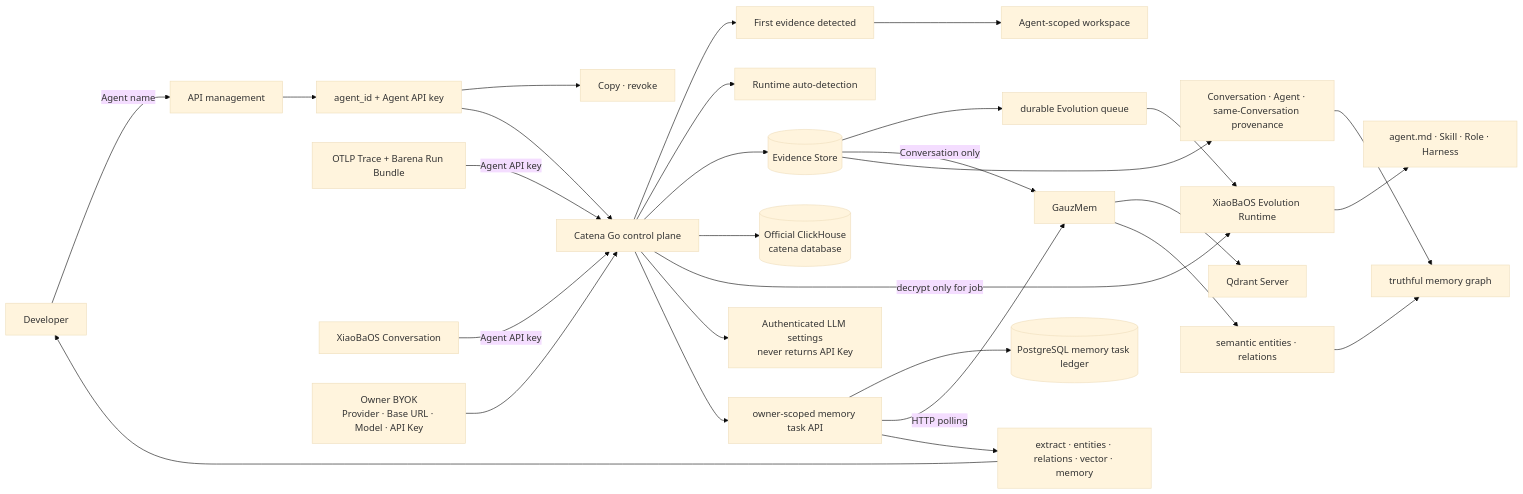
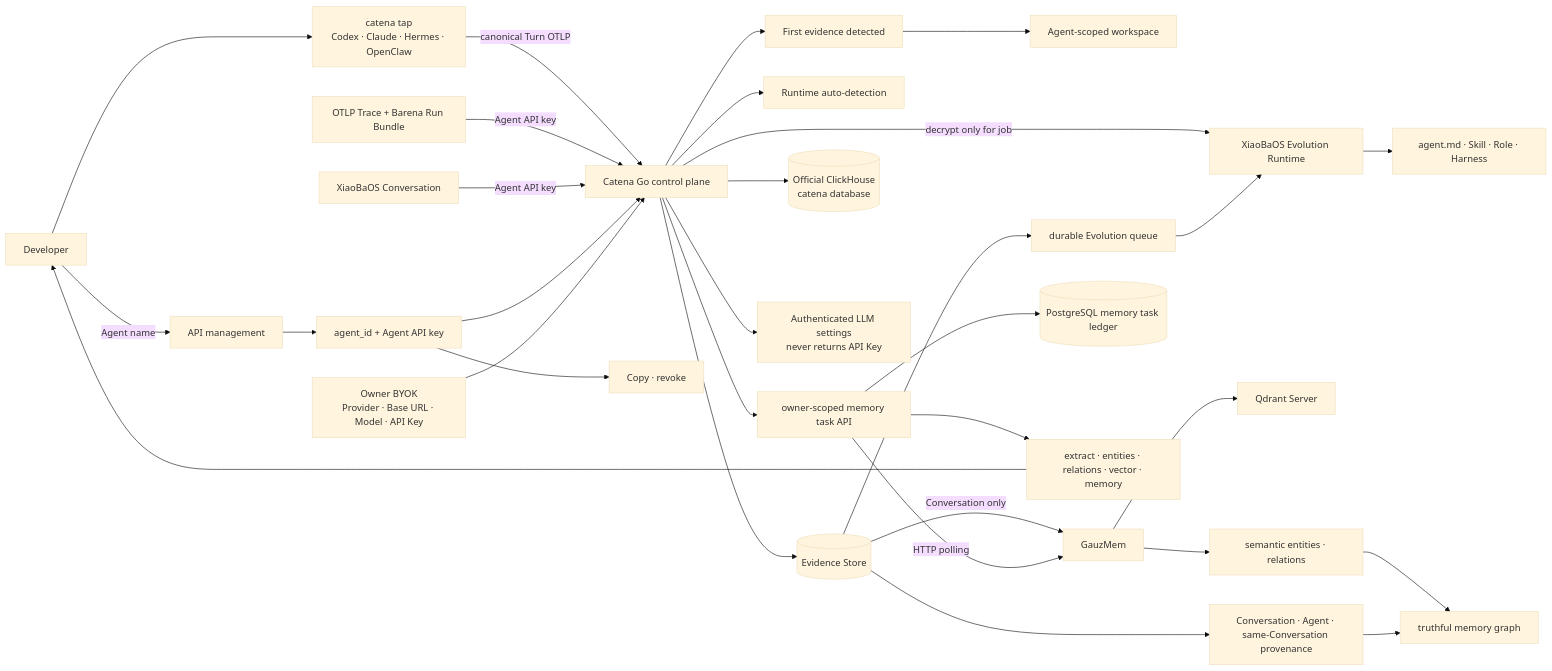
One commit to fightheyyy/CATENA changed the second of 2 diagrams in SPEC.md. Above: the diagram before and after it, drawn with Mermaid (base theme). The commit also changed other lines of this file and 20 other files, not shown here.

````diff
--- a/SPEC.md
+++ b/SPEC.md
@@ -61,31 +68,33 @@
 ```mermaid
 flowchart LR
+    Developer --> Tap["catena tap<br/>Codex · Claude · Hermes · OpenClaw"]
+    Tap -->|"canonical Turn OTLP"| Core
     Developer["Developer"] -->|"Agent name"| Keys["API management"]
     Keys --> Binding["agent_id + Agent API key"]
     Binding --> Manage["Copy · revoke"]
     Trace["OTLP Trace + Barena Run Bundle"] -->|"Agent API key"| Core["Catena Go control plane"]
     Conversation["XiaoBaOS Conversation"] -->|"Agent API key"| Core
     Binding --> Core
     Core --> Status["First evidence detected"]
     Status --> Workspace["Agent-scoped workspace"]
     Core --> Detect["Runtime auto-detection"]
     Core --> Evidence[("Evidence Store")]
     Evidence --> Queue["durable Evolution queue"]
     Core --> CH[("Official ClickHouse<br/>catena database")]
     Owner["Owner BYOK<br/>Provider · Base URL · Model · API Key"] --> Core
     Core -->|"decrypt only for job"| Runtime
     Queue --> Runtime["XiaoBaOS Evolution Runtime"]
     Runtime --> Assets["agent.md · Skill · Role · Harness"]
     Core --> ModelStatus["Authenticated LLM settings<br/>never returns API Key"]
     Evidence -->|"Conversation only"| GauzMem["GauzMem"]
     Core --> TaskAPI["owner-scoped memory task API"]
     TaskAPI --> MemoryLedger[("PostgreSQL memory task ledger")]
     TaskAPI -->|"HTTP polling"| GauzMem
     GauzMem --> Qdrant["Qdrant Server"]
     TaskAPI --> Progress["extract · entities · relations · vector · memory"]
     Progress --> Developer
     GauzMem --> Semantic["semantic entities · relations"]
     Evidence --> Provenance["Conversation · Agent · same-Conversation provenance"]
     Semantic --> Memory["truthful memory graph"]
     Provenance --> Memory
 ```
````
